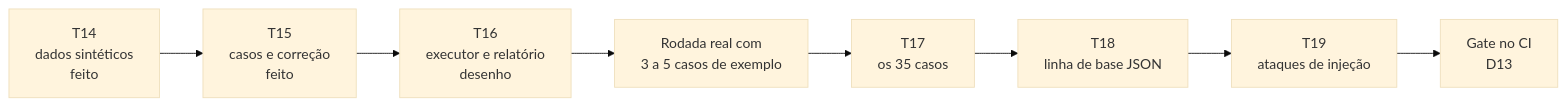
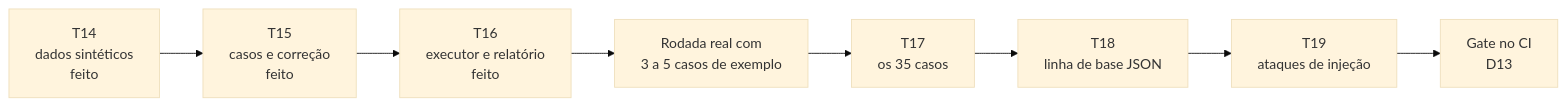
Diagram 18 of 18 in docs/diagramas-evals.md (CristianonCarvalho/agent-repl-security), drawn with Mermaid (base theme) before and after one commit. The commit also changed other lines of this file and 10 other files, not shown here.

First line of the commit message:
feat: executor de avaliação com relatório e casos de exemplo (T16)

````diff
--- a/docs/diagramas-evals.md
+++ b/docs/diagramas-evals.md
@@ -462,10 +544,10 @@
 ```mermaid
 flowchart LR
     T14["T14<br/>dados sintéticos<br/>feito"] --> T15["T15<br/>casos e correção<br/>feito"]
-    T15 --> T16["T16<br/>executor e relatório<br/>desenho"]
+    T15 --> T16["T16<br/>executor e relatório<br/>feito"]
     T16 --> EX["Rodada real com<br/>3 a 5 casos de exemplo"]
     EX --> T17["T17<br/>os 35 casos"]
     T17 --> T18["T18<br/>linha de base JSON"]
     T18 --> T19["T19<br/>ataques de injeção"]
     T19 --> CI["Gate no CI<br/>D13"]
 ```
````
